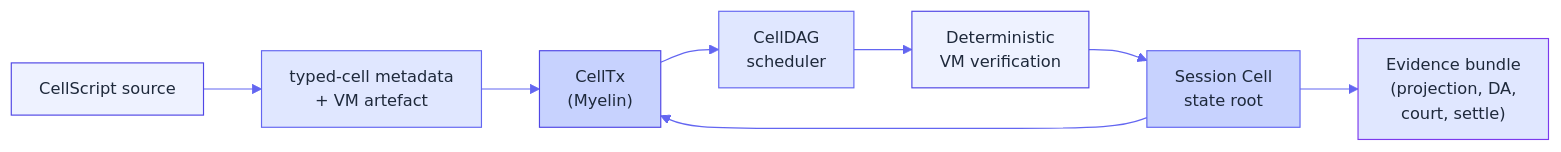
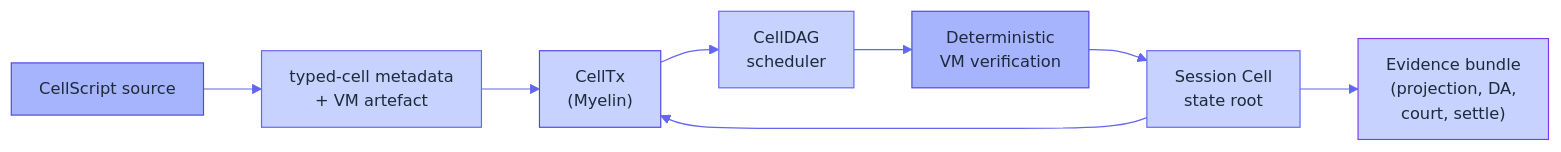
One commit to Myelin-Labs/Myelin changed the diagram in docs/index.md. Above: the diagram before and after it, drawn with Mermaid. The commit also changed 31 other files, not shown here.

````diff
--- a/docs/index.md
+++ b/docs/index.md
@@ -130,35 +130,35 @@
 ```mermaid
 %%{init: {
   "theme": "base",
   "themeVariables": {
-    "primaryColor": "#EEF2FF",
+    "primaryColor": "#A5B4FC",
     "primaryTextColor": "#1E293B",
     "primaryBorderColor": "#4F46E5",
     "lineColor": "#6366F1",
-    "secondaryColor": "#E0E7FF",
+    "secondaryColor": "#C7D2FE",
     "tertiaryColor": "#C7D2FE",
     "fontFamily": "Inter, system-ui, sans-serif",
     "fontSize": "14px"
   },
   "flowchart": { "curve": "basis", "padding": 12 }
 }}%%
 flowchart LR
     A["CellScript source"]:::source
     B["typed-cell metadata<br/>+ VM artefact"]:::artefact
     C["CellTx<br/>(Myelin)"]:::tx
     D["CellDAG<br/>scheduler"]:::sched
     E["Deterministic<br/>VM verification"]:::vm
     F["Session Cell<br/>state root"]:::state
     G["Evidence bundle<br/>(projection, DA,<br/>court, settle)"]:::evidence
 
     A --> B --> C --> D --> E --> F --> G
     F --> C
 
-    classDef source   fill:#EEF2FF,stroke:#4F46E5,color:#1E293B;
-    classDef artefact fill:#E0E7FF,stroke:#6366F1,color:#1E293B;
+    classDef source   fill:#A5B4FC,stroke:#4F46E5,color:#1E293B;
+    classDef artefact fill:#C7D2FE,stroke:#6366F1,color:#1E293B;
     classDef tx       fill:#C7D2FE,stroke:#4F46E5,color:#1E293B;
-    classDef sched    fill:#E0E7FF,stroke:#6366F1,color:#1E293B;
-    classDef vm       fill:#EEF2FF,stroke:#4F46E5,color:#1E293B;
+    classDef sched    fill:#C7D2FE,stroke:#6366F1,color:#1E293B;
+    classDef vm       fill:#A5B4FC,stroke:#4F46E5,color:#1E293B;
     classDef state    fill:#C7D2FE,stroke:#6366F1,color:#1E293B;
-    classDef evidence fill:#E0E7FF,stroke:#7C3AED,color:#1E293B;
+    classDef evidence fill:#C7D2FE,stroke:#7C3AED,color:#1E293B;
 ```
````
